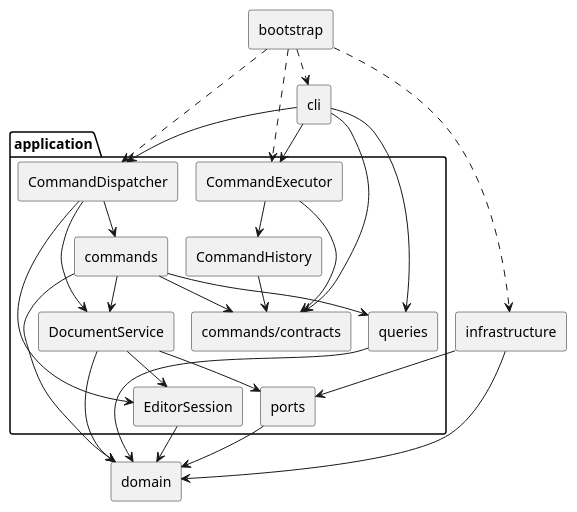
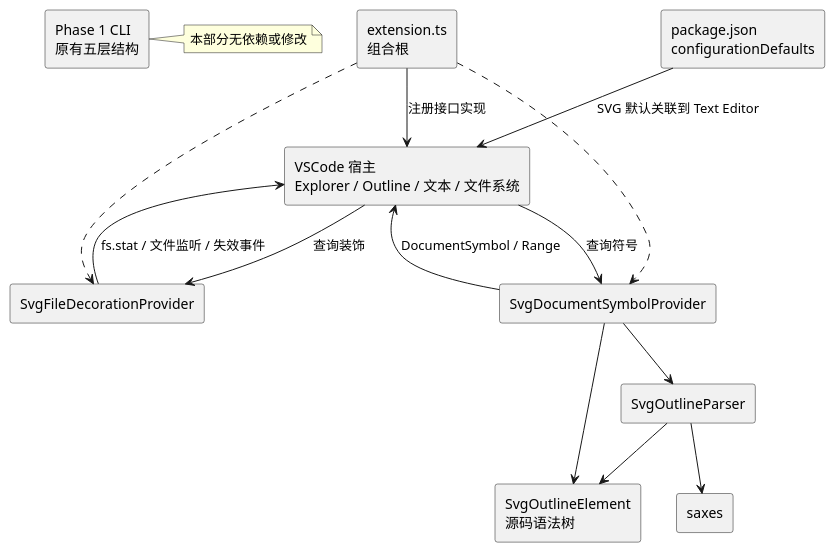
The diagram in doc/README.md (CelestriZeta/svg-editor-cli), drawn with PlantUML before and after one commit. The commit also changed other lines of this file and 41 other files, not shown here.

Commit message:
feat(): completed svg tools vscode plugin

````diff
--- a/doc/README.md
+++ b/doc/README.md
@@ -59,50 +21,27 @@
 ```plantuml
 @startuml
-!pragma layout smetana
-top to bottom direction
 skinparam componentStyle rectangle
-skinparam shadowing false
-skinparam defaultFontName "Microsoft YaHei"
-component "bootstrap" as boot
-component "cli" as cli
-package "application" {
-  component "CommandDispatcher" as dispatcher
-  component "CommandExecutor" as executor
-  component "CommandHistory" as history
-  component "commands" as commands
-  component "commands/contracts" as contracts
-  component "queries" as queries
-  component "DocumentService" as documents
-  component "EditorSession" as session
-  component "ports" as ports
-  dispatcher --> commands
-  dispatcher --> session
-  dispatcher --> documents
-  executor --> contracts
-  executor --> history
-  history --> contracts
-  commands --> contracts
-  commands --> queries
-  commands --> documents
-  documents --> session
-  documents --> ports
-}
-component "domain" as domain
-component "infrastructure" as infra
-boot ..> cli
-boot ..> dispatcher
-boot ..> executor
-boot ..> infra
-cli --> dispatcher
-cli --> executor
-cli --> contracts
-cli --> queries
-commands --> domain
-queries --> domain
-session --> domain
-documents --> domain
-ports --> domain
-infra --> ports
-infra --> domain
+component "VSCode 宿主\nExplorer / Outline / 文本 / 文件系统" as host
+component "extension.ts\n组合根" as entry
+component "package.json\nconfigurationDefaults" as manifest
+component "SvgFileDecorationProvider" as badge
+component "SvgDocumentSymbolProvider" as symbols
+component "SvgOutlineParser" as parser
+component "SvgOutlineElement\n源码语法树" as element
+component "saxes" as xml
+component "Phase 1 CLI\n原有五层结构" as cli
+entry ..> badge
+entry ..> symbols
+entry --> host : 注册接口实现
+manifest --> host : SVG 默认关联到 Text Editor
+host --> badge : 查询装饰
+host --> symbols : 查询符号
+badge --> host : fs.stat / 文件监听 / 失效事件
+symbols --> host : DocumentSymbol / Range
+symbols --> parser
+parser --> xml
+parser --> element
+symbols --> element
+note right of cli : 本部分无依赖或修改
 @enduml
 ```
````
